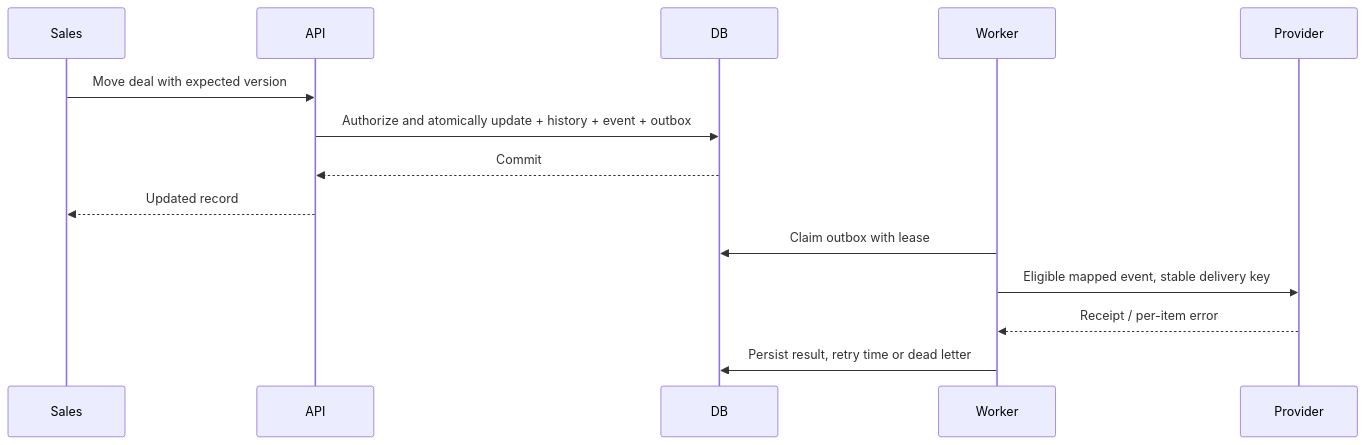
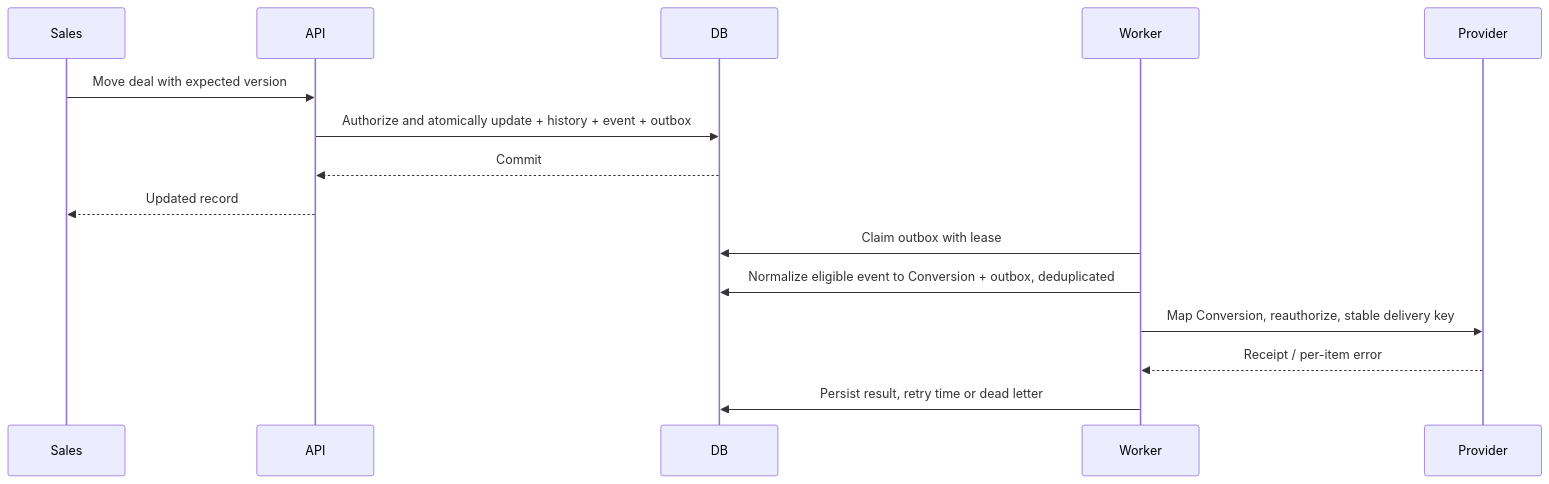
The second of 2 diagrams in CRM_BLUEPRINT/03_ARCHITECTURE.md (AhmedFouad01/THE_SYSTRONIC_MARKETING_AGENTS), drawn with Mermaid before and after one commit. The commit also changed other lines of this file and 10 other files, not shown here.

````diff
--- a/CRM_BLUEPRINT/03_ARCHITECTURE.md
+++ b/CRM_BLUEPRINT/03_ARCHITECTURE.md
@@ -43,16 +54,17 @@
 ```mermaid
 sequenceDiagram
   participant Sales
   participant API
   participant DB
   participant Worker
   participant Provider
   Sales->>API: Move deal with expected version
   API->>DB: Authorize and atomically update + history + event + outbox
   DB-->>API: Commit
   API-->>Sales: Updated record
   Worker->>DB: Claim outbox with lease
-  Worker->>Provider: Eligible mapped event, stable delivery key
+  Worker->>DB: Normalize eligible event to Conversion + outbox, deduplicated
+  Worker->>Provider: Map Conversion, reauthorize, stable delivery key
   Provider-->>Worker: Receipt / per-item error
   Worker->>DB: Persist result, retry time or dead letter
 ```
````
